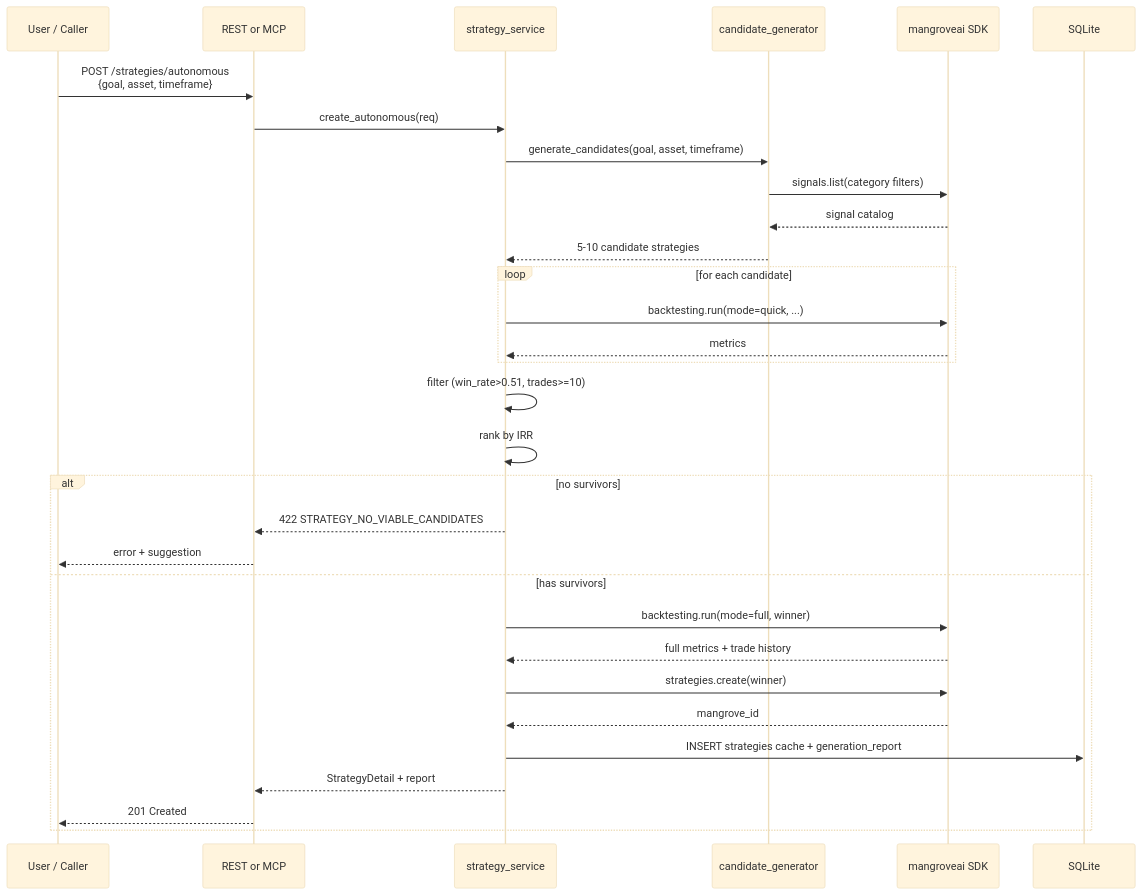
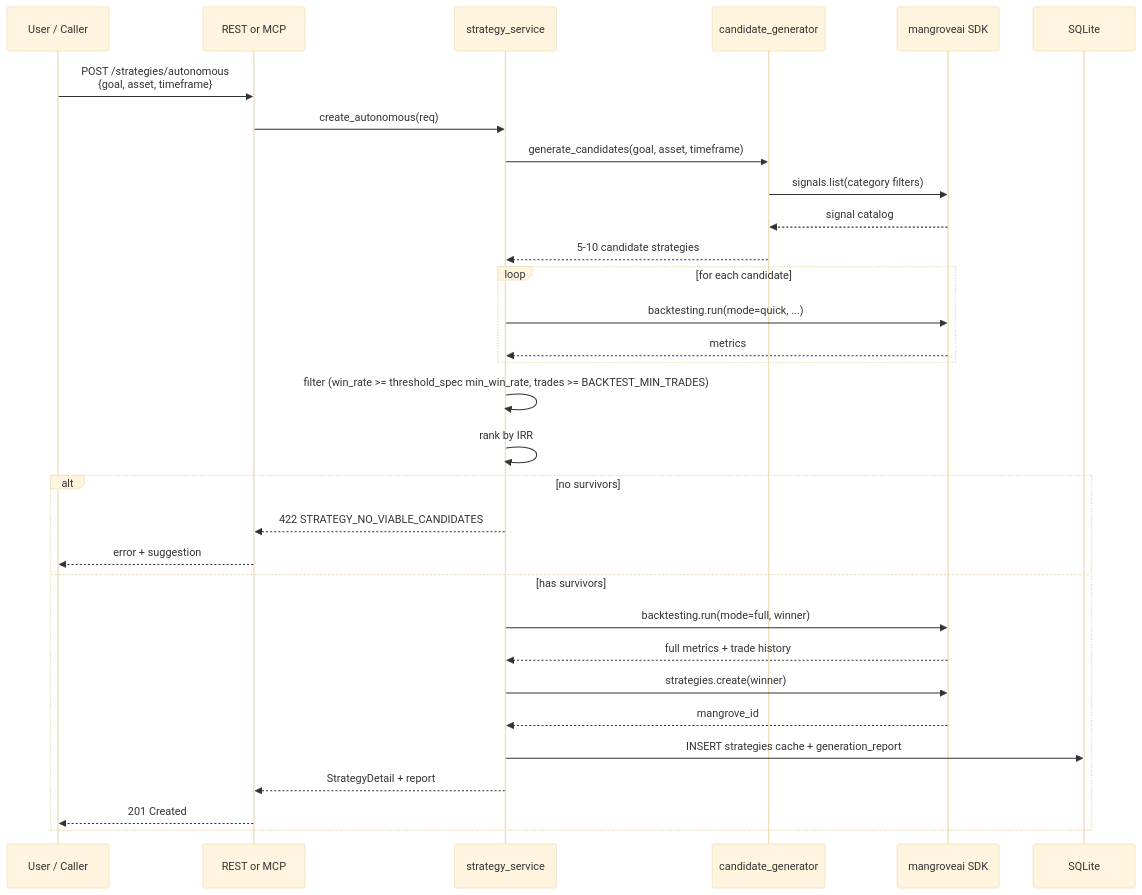
One commit to MangroveTechnologies/mangrove-agent changed the fourth of 9 diagrams in docs/architecture.md. Above: the diagram before and after it, drawn with Mermaid (base theme). The commit also changed other lines of this file and 29 other files, not shown here.

Commit message:
fix(strategy): reference search match semantics, server-side backtest verdict, coherent win-rate floor, idempotent create

````diff
--- a/docs/architecture.md
+++ b/docs/architecture.md
@@ -128,37 +128,37 @@
 ```mermaid
 sequenceDiagram
     participant U as User / Caller
     participant API as REST or MCP
     participant SS as strategy_service
     participant CG as candidate_generator
     participant SDK as mangroveai SDK
     participant DB as SQLite
 
     U->>API: POST /strategies/autonomous<br/>{goal, asset, timeframe}
     API->>SS: create_autonomous(req)
     SS->>CG: generate_candidates(goal, asset, timeframe)
     CG->>SDK: signals.list(category filters)
     SDK-->>CG: signal catalog
     CG-->>SS: 5-10 candidate strategies
 
     loop for each candidate
         SS->>SDK: backtesting.run(mode=quick, ...)
         SDK-->>SS: metrics
     end
 
-    SS->>SS: filter (win_rate>0.51, trades>=10)
+    SS->>SS: filter (win_rate >= threshold_spec min_win_rate, trades >= BACKTEST_MIN_TRADES)
     SS->>SS: rank by IRR
 
     alt no survivors
         SS-->>API: 422 STRATEGY_NO_VIABLE_CANDIDATES
         API-->>U: error + suggestion
     else has survivors
         SS->>SDK: backtesting.run(mode=full, winner)
         SDK-->>SS: full metrics + trade history
         SS->>SDK: strategies.create(winner)
         SDK-->>SS: mangrove_id
         SS->>DB: INSERT strategies cache + generation_report
         SS-->>API: StrategyDetail + report
         API-->>U: 201 Created
     end
 ```
````
